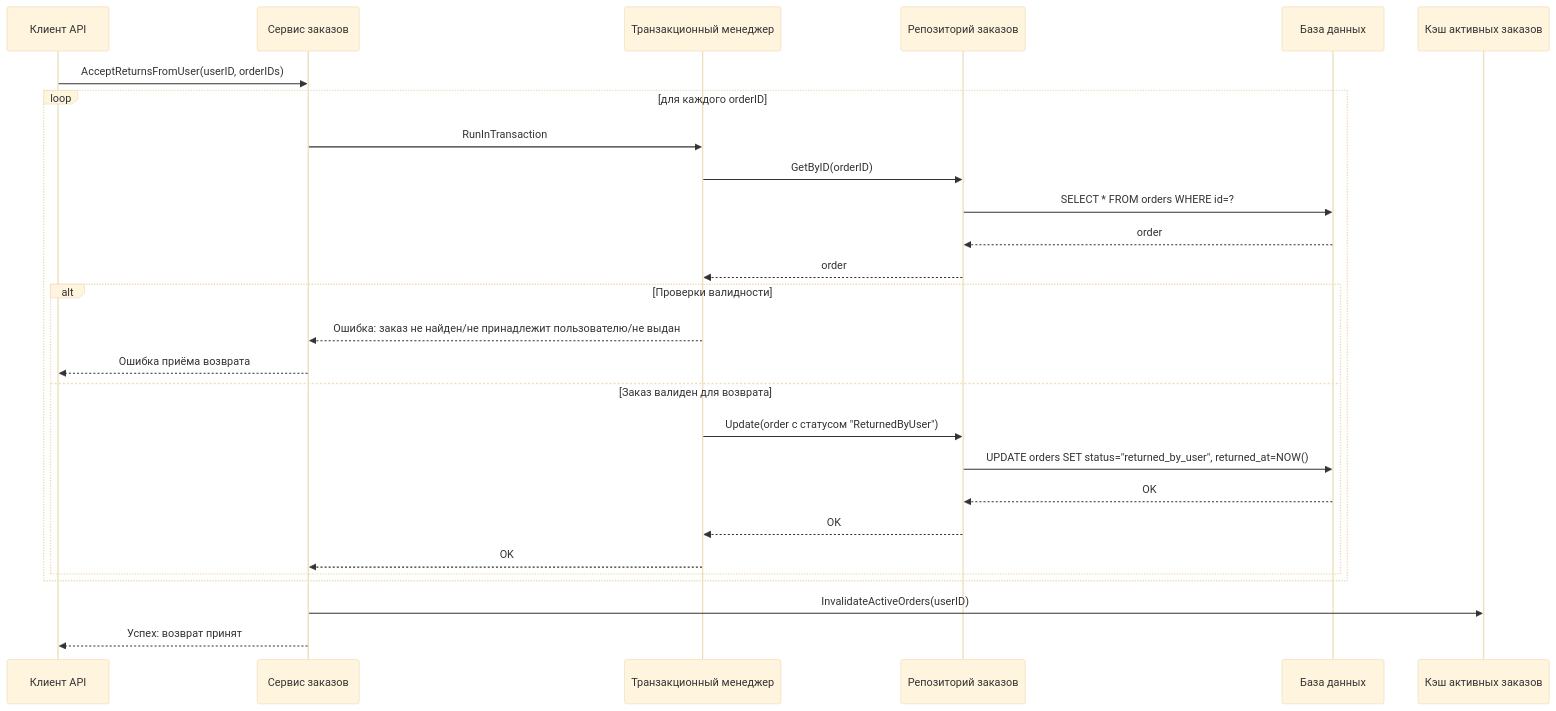
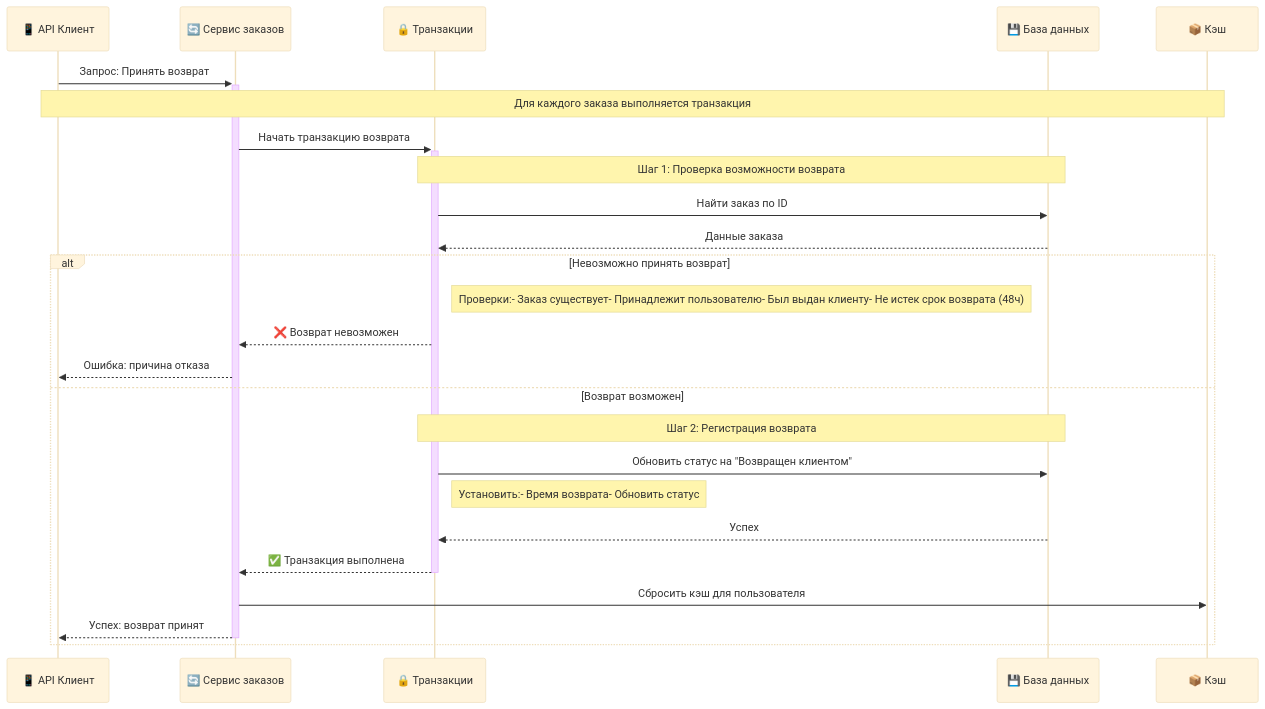
One commit to Gorney-Alex/QueueFightersGameWinForm changed the third of 4 diagrams in README.md. Above: the diagram before and after it, drawn with Mermaid (base theme). The commit also changed other lines of this file, not shown here.

````diff
--- a/README.md
+++ b/README.md
@@ -84,33 +84,34 @@
 ```mermaid
 sequenceDiagram
-    participant Client as Клиент API
-    participant Service as Сервис заказов
-    participant TxManager as Транзакционный менеджер
-    participant Repo as Репозиторий заказов
-    participant DB as База данных
-    participant Cache as Кэш активных заказов
+    participant Client as 📱 API Клиент
+    participant Service as 🔄 Сервис заказов
+    participant TxManager as 🔒 Транзакции
+    participant DB as 💾 База данных
+    participant Cache as 📦 Кэш
 
-    Client->>Service: AcceptReturnsFromUser(userID, orderIDs)
+    Client->>+Service: Запрос: Принять возврат
     
-    loop для каждого orderID
-        Service->>TxManager: RunInTransaction
-        TxManager->>Repo: GetByID(orderID)
-        Repo->>DB: SELECT * FROM orders WHERE id=?
-        DB-->>Repo: order
-        Repo-->>TxManager: order
+    Note over Client,Cache: Для каждого заказа выполняется транзакция
+    
+    Service->>+TxManager: Начать транзакцию возврата
+    
+    Note over TxManager,DB: Шаг 1: Проверка возможности возврата
+    TxManager->>DB: Найти заказ по ID
+    DB-->>TxManager: Данные заказа
+    
+    alt Невозможно принять возврат
+        Note right of TxManager: Проверки:- Заказ существует- Принадлежит пользователю- Был выдан клиенту- Не истек срок возврата (48ч)
+        TxManager-->>Service: ❌ Возврат невозможен
+        Service-->>Client: Ошибка: причина отказа
+    else Возврат возможен
+        Note over TxManager,DB: Шаг 2: Регистрация возврата
         
-        alt Проверки валидности
-            TxManager-->>Service: Ошибка: заказ не найден/не принадлежит пользователю/не выдан
-            Service-->>Client: Ошибка приёма возврата
-        else Заказ валиден для возврата
-            TxManager->>Repo: Update(order с статусом "ReturnedByUser")
-            Repo->>DB: UPDATE orders SET status="returned_by_user", returned_at=NOW()
-            DB-->>Repo: OK
-            Repo-->>TxManager: OK
-            TxManager-->>Service: OK
-        end
+        TxManager->>DB: Обновить статус на "Возвращен клиентом"
+        Note right of TxManager: Установить:- Время возврата- Обновить статус
+        DB-->>TxManager: Успех
+        TxManager-->>-Service: ✅ Транзакция выполнена
+        
+        Service->>Cache: Сбросить кэш для пользователя
+        Service-->>-Client: Успех: возврат принят
     end
-    
-    Service->>Cache: InvalidateActiveOrders(userID)
-    Service-->>Client: Успех: возврат принят
 ```
````
